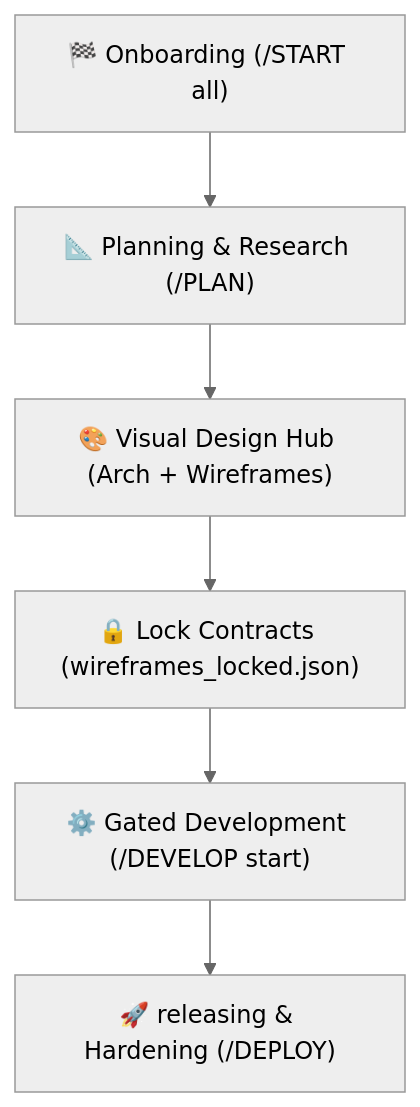
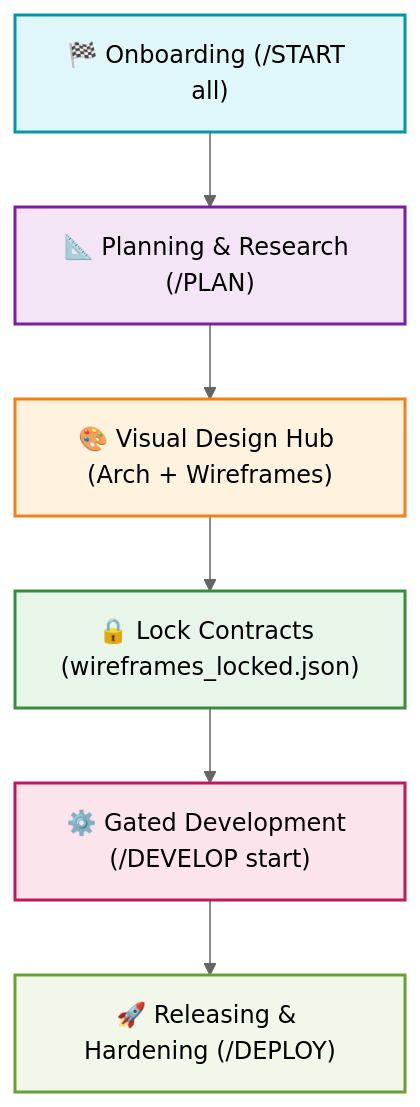
One commit to iDorgham/Nezam changed the first of 5 diagrams in README.md. Above: the diagram before and after it, drawn with Mermaid (neutral theme). The commit also changed other lines of this file and 584 other files, not shown here.

````diff
--- a/README.md
+++ b/README.md
@@ -50,8 +60,15 @@
 ```mermaid
 flowchart TD
     A["🏁 Onboarding (/START all)"] --> B["📐 Planning & Research (/PLAN)"]
     B --> C["🎨 Visual Design Hub (Arch + Wireframes)"]
     C --> D["🔒 Lock Contracts (wireframes_locked.json)"]
     D --> E["⚙️ Gated Development (/DEVELOP start)"]
-    E --> F["🚀 releasing & Hardening (/DEPLOY)"]
+    E --> F["🚀 Releasing & Hardening (/DEPLOY)"]
+    
+    style A fill:#E0F7FA,stroke:#0097A7,stroke-width:2px
+    style B fill:#F3E5F5,stroke:#7B1FA2,stroke-width:2px
+    style C fill:#FFF3E0,stroke:#F57F17,stroke-width:2px
+    style D fill:#E8F5E9,stroke:#388E3C,stroke-width:2px
+    style E fill:#FCE4EC,stroke:#C2185B,stroke-width:2px
+    style F fill:#F1F8E9,stroke:#689F38,stroke-width:2px
 ```
````
